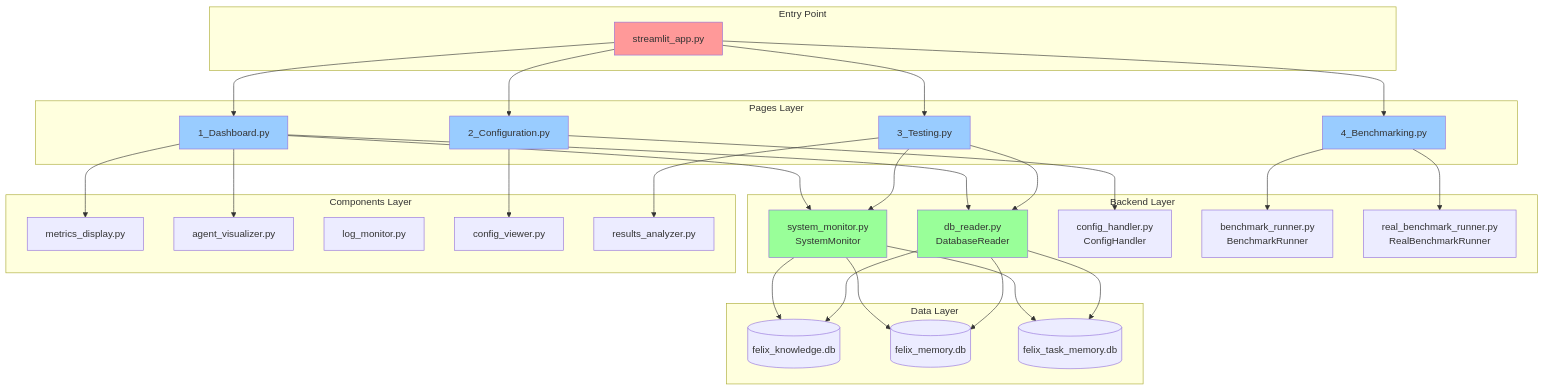
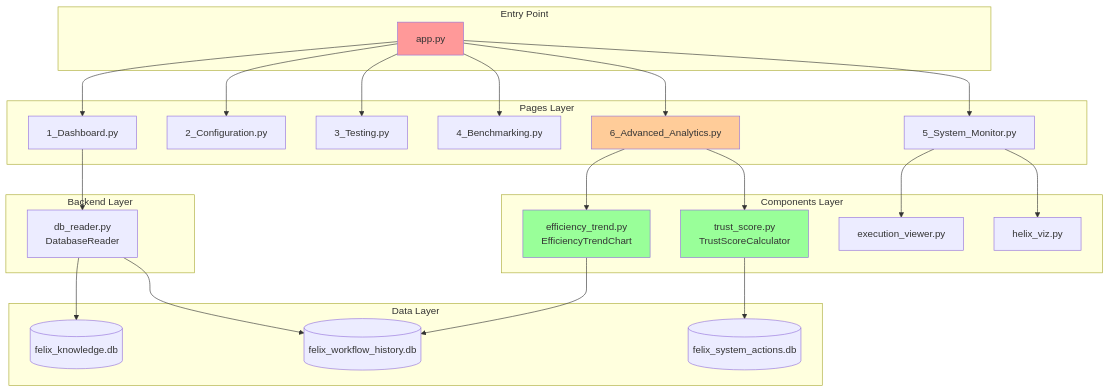
One commit to CalebisGross/felix changed the second of 4 diagrams in streamlit_gui/docs/streamlit_gui_architecture.md. Above: the diagram before and after it, drawn with Mermaid. The commit also changed other lines of this file and 6 other files, not shown here.

````diff
--- a/streamlit_gui/docs/streamlit_gui_architecture.md
+++ b/streamlit_gui/docs/streamlit_gui_architecture.md
@@ -87,70 +87,55 @@
 ```mermaid
 graph TB
     subgraph "Entry Point"
-        APP[streamlit_app.py]
+        APP[app.py]
     end
 
     subgraph "Pages Layer"
         P1[1_Dashboard.py]
         P2[2_Configuration.py]
         P3[3_Testing.py]
         P4[4_Benchmarking.py]
+        P5[5_System_Monitor.py]
+        P6[6_Advanced_Analytics.py]
     end
 
     subgraph "Backend Layer"
-        SM[system_monitor.py<br/>SystemMonitor]
         DBR[db_reader.py<br/>DatabaseReader]
-        CH[config_handler.py<br/>ConfigHandler]
-        BR[benchmark_runner.py<br/>BenchmarkRunner]
-        RBR[real_benchmark_runner.py<br/>RealBenchmarkRunner]
     end
 
     subgraph "Components Layer"
-        MD[metrics_display.py]
-        AV[agent_visualizer.py]
-        LM[log_monitor.py]
-        CV[config_viewer.py]
-        RA[results_analyzer.py]
+        TS[trust_score.py<br/>TrustScoreCalculator]
+        ET[efficiency_trend.py<br/>EfficiencyTrendChart]
+        EV[execution_viewer.py]
+        HV[helix_viz.py]
     end
 
     subgraph "Data Layer"
         DB1[(felix_knowledge.db)]
-        DB2[(felix_memory.db)]
-        DB3[(felix_task_memory.db)]
+        DB2[(felix_workflow_history.db)]
+        DB3[(felix_system_actions.db)]
     end
 
     APP --> P1
     APP --> P2
     APP --> P3
     APP --> P4
+    APP --> P5
+    APP --> P6
 
-    P1 --> SM
     P1 --> DBR
-    P1 --> MD
-    P1 --> AV
+    P5 --> EV
+    P5 --> HV
+    P6 --> TS
+    P6 --> ET
 
-    P2 --> CH
-    P2 --> CV
-
-    P3 --> SM
-    P3 --> DBR
-    P3 --> RA
-
-    P4 --> BR
-    P4 --> RBR
-
-    SM --> DB1
-    SM --> DB2
-    SM --> DB3
     DBR --> DB1
     DBR --> DB2
-    DBR --> DB3
+    TS --> DB3
+    ET --> DB2
 
     style APP fill:#ff9999
-    style P1 fill:#99ccff
-    style P2 fill:#99ccff
-    style P3 fill:#99ccff
-    style P4 fill:#99ccff
-    style SM fill:#99ff99
-    style DBR fill:#99ff99
+    style P6 fill:#ffcc99
+    style TS fill:#99ff99
+    style ET fill:#99ff99
 ```
````
